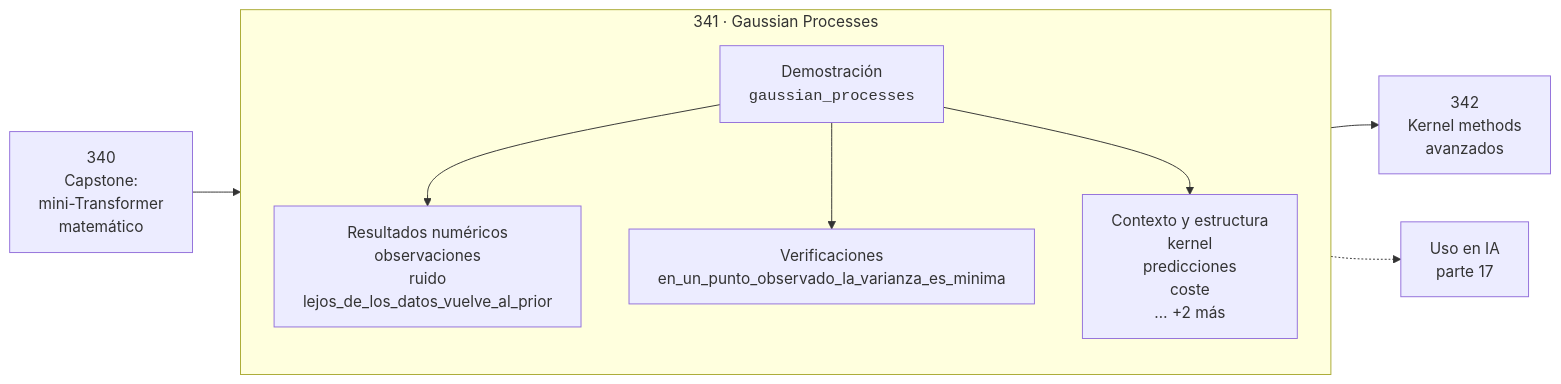
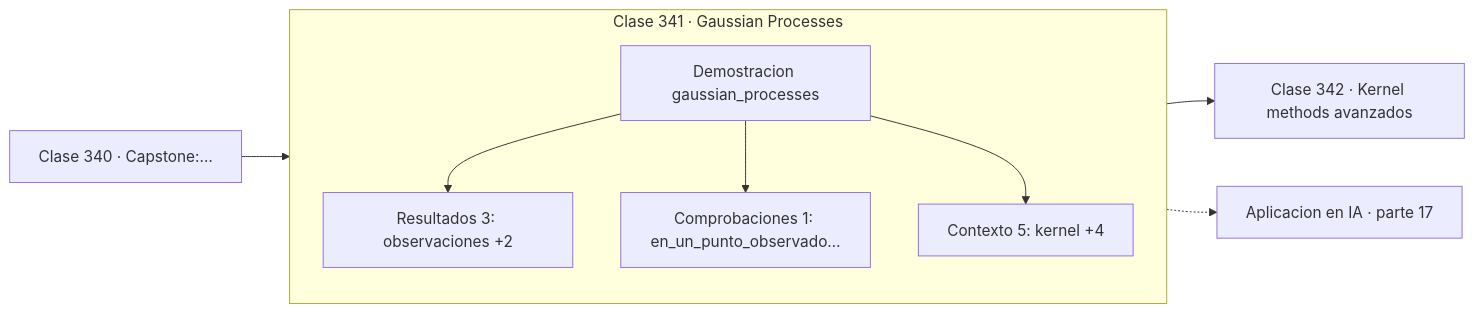
The diagram in classes/part-17-frontera-matematica-para-ia-e-investigacion/341-gaussian-processes/README.md (vladimiracunadev-create/computational-mathematics-program), drawn with Mermaid before and after one commit. The commit also changed 389 other files, not shown here.

First line of the commit message:
fix(diagramas): elimina el HTML de las etiquetas Mermaid

````diff
--- a/classes/part-17-frontera-matematica-para-ia-e-investigacion/341-gaussian-processes/README.md
+++ b/classes/part-17-frontera-matematica-para-ia-e-investigacion/341-gaussian-processes/README.md
@@ -30,12 +30,13 @@
 ```mermaid
 flowchart LR
-    P["340<br/>Capstone:<br/>mini-Transformer<br/>matemático"] --> C
-    subgraph C["341 · Gaussian Processes"]
+    P["Clase 340 · Capstone:…"] --> D
+    subgraph CLASE["Clase 341 · Gaussian Processes"]
         direction TB
-        D["Demostración<br/><code>gaussian_processes</code>"] --> R["Resultados numéricos<br/>observaciones<br/>ruido<br/>lejos_de_los_datos_vuelve_al_prior"]
-        D --> V["Verificaciones<br/>en_un_punto_observado_la_varianza_es_minima"]
-        D --> O["Contexto y estructura<br/>kernel<br/>predicciones<br/>coste<br/>… +2 más"]
+        D["Demostracion gaussian_processes"]
+        D --> R["Resultados 3: observaciones +2"]
+        D --> V["Comprobaciones 1: en_un_punto_observado…"]
+        D --> O["Contexto 5: kernel +4"]
     end
-    C --> N["342<br/>Kernel methods<br/>avanzados"]
-    C -.-> IA["Uso en IA<br/>parte 17"]
+    R --> N["Clase 342 · Kernel methods avanzados"]
+    V -.-> IA["Aplicacion en IA · parte 17"]
 ```
````
